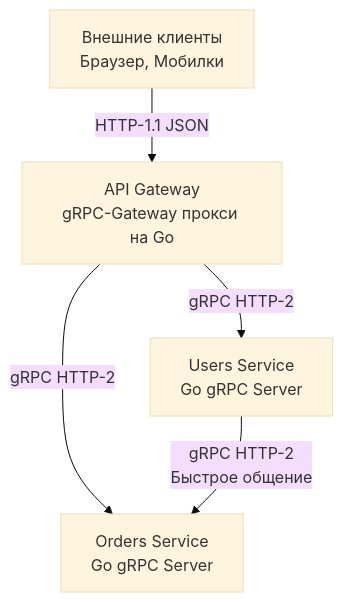
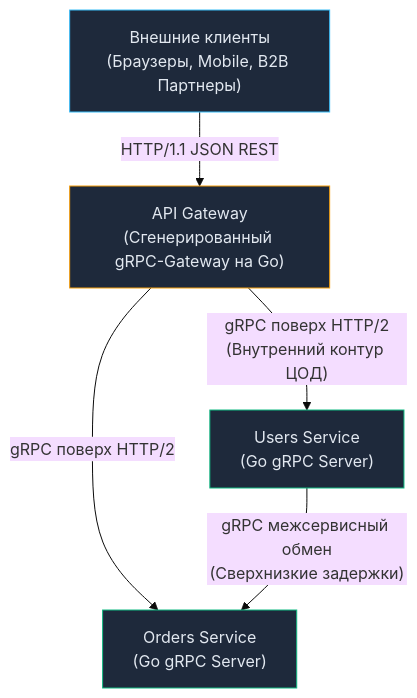
One commit to UnrealTemplier/go-textbook changed the diagram in sources/10. Проектирование API и Сетевые протоколы/19. gRPC vs REST.md. Above: the diagram before and after it, drawn with Mermaid (base theme). The commit also changed other lines of this file, not shown here.

````diff
--- a/sources/10. Проектирование API и Сетевые протоколы/19. gRPC vs REST.md
+++ b/sources/10. Проектирование API и Сетевые протоколы/19. gRPC vs REST.md
@@ -88,9 +102,16 @@
 ```mermaid
 flowchart TD
-    External["Внешние клиенты<br>Браузер, Мобилки"] -->|"HTTP-1.1 JSON"| API_GW["API Gateway<br>gRPC-Gateway прокси на Go"]
+    External["Внешние клиенты<br>(Браузеры, Mobile, B2B Партнеры)"] -->|"HTTP/1.1 JSON REST"| API_GW["API Gateway<br>(Сгенерированный gRPC-Gateway на Go)"]
     
-    API_GW -->|"gRPC HTTP-2"| Users["Users Service<br>Go gRPC Server"]
-    API_GW -->|"gRPC HTTP-2"| Orders["Orders Service<br>Go gRPC Server"]
+    API_GW -->|"gRPC поверх HTTP/2<br>(Внутренний контур ЦОД)"| Users["Users Service<br>(Go gRPC Server)"]
+    API_GW -->|"gRPC поверх HTTP/2"| Orders["Orders Service<br>(Go gRPC Server)"]
     
-    Users -->|"gRPC HTTP-2<br>Быстрое общение"| Orders
+    Users -->|"gRPC межсервисный обмен<br>(Сверхнизкие задержки)"| Orders
+
+    classDef ext fill:#1e293b,stroke:#38bdf8,stroke-width:1px,color:#e2e8f0;
+    classDef gw fill:#1e293b,stroke:#f59e0b,stroke-width:1px,color:#e2e8f0;
+    classDef srv fill:#1e293b,stroke:#10b981,stroke-width:1px,color:#e2e8f0;
+    class External ext;
+    class API_GW gw;
+    class Users,Orders srv;
 ```
````
